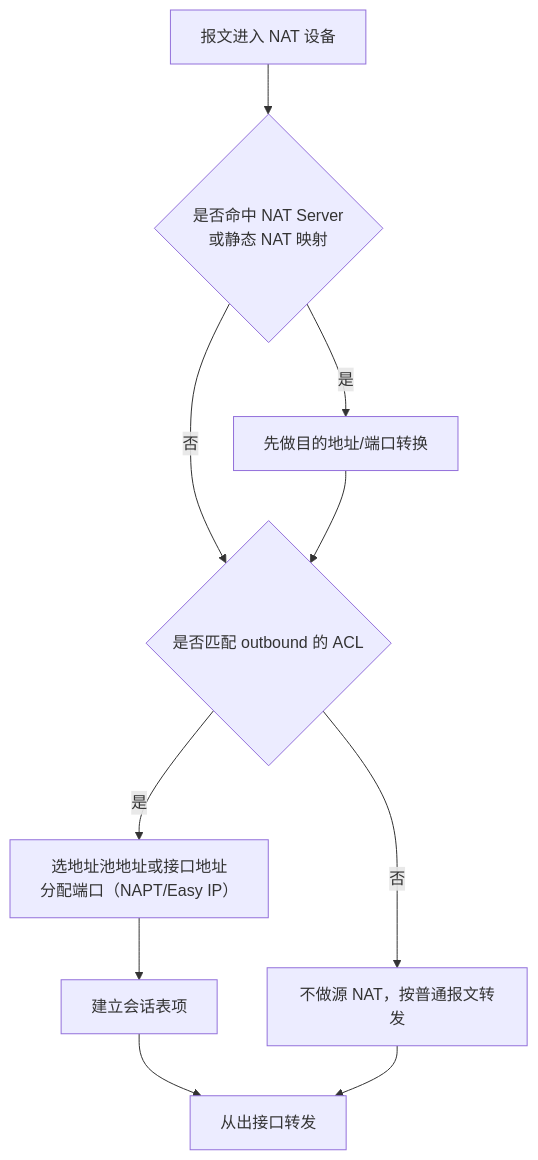
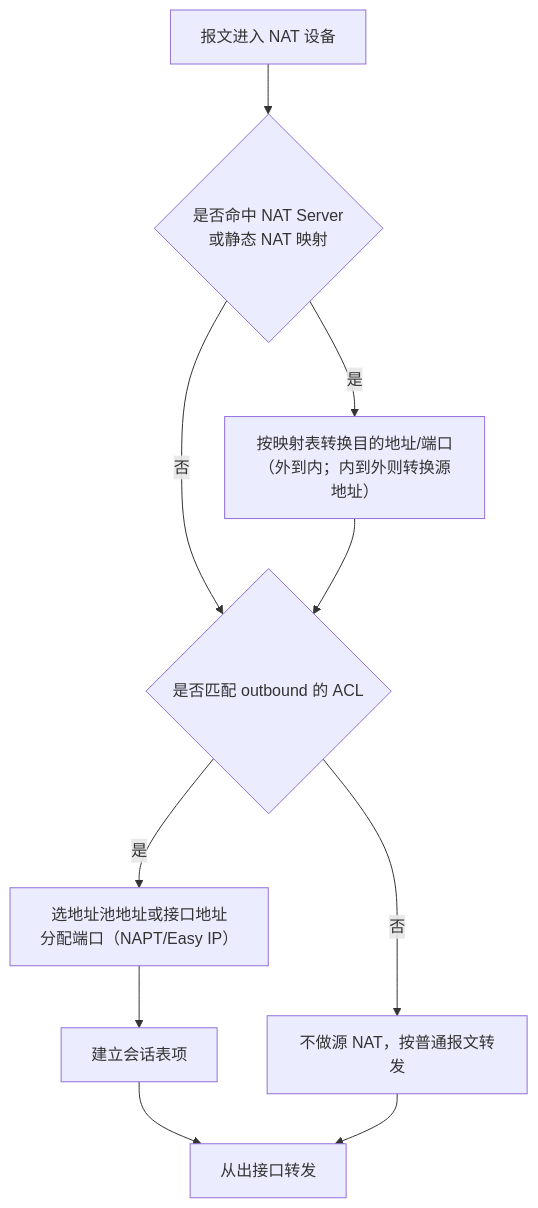
The second of 2 diagrams in 软考中级网络工程/18.3-NAT配置专题.md (theforeveriris/mynote-during-2026-2027), drawn with Mermaid before and after one commit. The commit also changed other lines of this file and 9 other files, not shown here.

````diff
--- a/软考中级网络工程/18.3-NAT配置专题.md
+++ b/软考中级网络工程/18.3-NAT配置专题.md
@@ -611,12 +617,12 @@
 ```mermaid
 flowchart TD
     A["报文进入 NAT 设备"] --> B{"是否命中 NAT Server<br/>或静态 NAT 映射"}
-    B -- "是" --> C["先做目的地址/端口转换"]
+    B -- "是" --> C["按映射表转换目的地址/端口<br/>（外到内；内到外则转换源地址）"]
     B -- "否" --> D{"是否匹配 outbound 的 ACL"}
     C --> D
     D -- "是" --> E["选地址池地址或接口地址<br/>分配端口（NAPT/Easy IP）"]
     D -- "否" --> F["不做源 NAT，按普通报文转发"]
     E --> G["建立会话表项"]
     G --> H["从出接口转发"]
     F --> H
 ```
````
